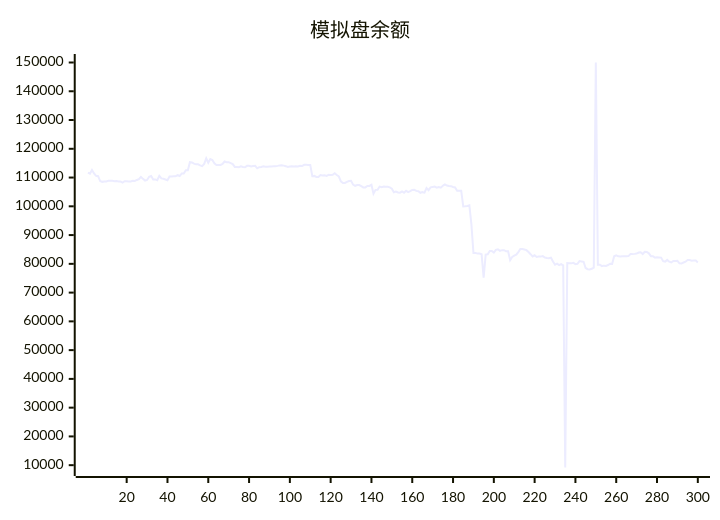
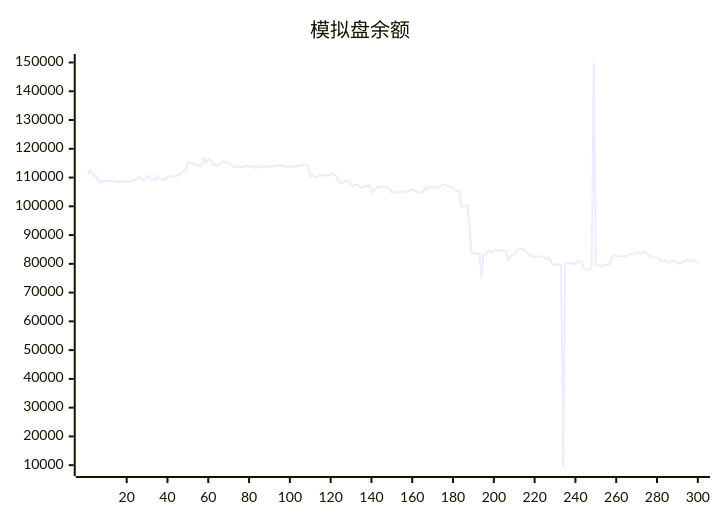
One commit to aahl/ai-trading changed the diagram in README.md. Above: the diagram before and after it, drawn with Mermaid. The commit also changed other lines of this file and 1 other file, not shown here.

````diff
--- a/README.md
+++ b/README.md
@@ -5,5 +5,5 @@
 ```mermaid
 xychart
     title "模拟盘余额"
-    line [111712,111342,112608,111443,110593,110490,108796,108506,108603,108645,108864,108864,108897,108718,108760,108648,108602,108262,108718,108752,108644,108644,108863,108823,109162,109419,110224,109539,108945,109172,110262,110546,109304,109343,109053,110606,109702,109584,109337,109071,110342,110342,110488,110488,110814,110531,111421,111421,112518,112522,115341,115266,114830,114584,114588,114231,113973,114726,116697,115160,116423,116083,114950,114365,114365,114388,114730,115582,115358,115358,115032,114686,113688,113688,113610,113930,113672,113585,114083,114074,113840,113996,114051,113208,113593,113701,113901,113794,113784,113810,113848,113927,113929,114064,114232,114293,114144,113960,113698,113853,113942,113812,113908,113877,114091,113998,114427,114422,114384,114384,110477,110576,110198,110198,110890,110712,110812,110569,110929,110847,110968,111478,110870,110433,108661,108116,108115,108485,108797,108877,107536,107134,107393,107393,107046,106565,106565,107081,107081,107478,104404,105715,105749,106866,106651,106889,106771,106816,106565,106141,104876,105103,104796,104734,105169,104690,105380,104941,105272,105709,105739,105374,105227,104691,104924,104762,106364,105628,106608,106748,106872,106485,106721,106468,107132,107620,107224,107080,107001,106717,106567,105431,105431,105440,99950,100017,100113,100337,93749,83795,83807,83567,83567,83342,75168,83222,83336,84448,84449,83896,84839,85065,84499,84757,84757,84364,84347,81254,82385,82835,83184,84099,85150,85150,85002,84751,84096,83356,82582,82983,82404,82572,82512,82688,82200,82047,81920,82125,80840,79688,80060,79552,79920,79470,9193,80236,80208,80170,80336,79894,80006,80954,80837,80712,78561,78139,78037,78293,78682,150000,79720,79720,79214,79372,79279,79591,80046,79993,82625,82950,82626,82571,82633,82670,82670,82681,83386,83378,83464,83579,83920,84037,83402,84160,84142,83652,82655,82655,82145,82315,82243,82163,80934,80770,81371,80742,80468,80989,80989,81067,80191,80155,80450,80737,81309,81309,81106,81119,81119,80471]
+    line [111342,112608,111443,110593,110490,108796,108506,108603,108645,108864,108864,108897,108718,108760,108648,108602,108262,108718,108752,108644,108644,108863,108823,109162,109419,110224,109539,108945,109172,110262,110546,109304,109343,109053,110606,109702,109584,109337,109071,110342,110342,110488,110488,110814,110531,111421,111421,112518,112522,115341,115266,114830,114584,114588,114231,113973,114726,116697,115160,116423,116083,114950,114365,114365,114388,114730,115582,115358,115358,115032,114686,113688,113688,113610,113930,113672,113585,114083,114074,113840,113996,114051,113208,113593,113701,113901,113794,113784,113810,113848,113927,113929,114064,114232,114293,114144,113960,113698,113853,113942,113812,113908,113877,114091,113998,114427,114422,114384,114384,110477,110576,110198,110198,110890,110712,110812,110569,110929,110847,110968,111478,110870,110433,108661,108116,108115,108485,108797,108877,107536,107134,107393,107393,107046,106565,106565,107081,107081,107478,104404,105715,105749,106866,106651,106889,106771,106816,106565,106141,104876,105103,104796,104734,105169,104690,105380,104941,105272,105709,105739,105374,105227,104691,104924,104762,106364,105628,106608,106748,106872,106485,106721,106468,107132,107620,107224,107080,107001,106717,106567,105431,105431,105440,99950,100017,100113,100337,93749,83795,83807,83567,83567,83342,75168,83222,83336,84448,84449,83896,84839,85065,84499,84757,84757,84364,84347,81254,82385,82835,83184,84099,85150,85150,85002,84751,84096,83356,82582,82983,82404,82572,82512,82688,82200,82047,81920,82125,80840,79688,80060,79552,79920,79470,9193,80236,80208,80170,80336,79894,80006,80954,80837,80712,78561,78139,78037,78293,78682,150000,79720,79720,79214,79372,79279,79591,80046,79993,82625,82950,82626,82571,82633,82670,82670,82681,83386,83378,83464,83579,83920,84037,83402,84160,84142,83652,82655,82655,82145,82315,82243,82163,80934,80770,81371,80742,80468,80989,80989,81067,80191,80155,80450,80737,81309,81309,81106,81119,81119,80471,80631]
 ```
````
